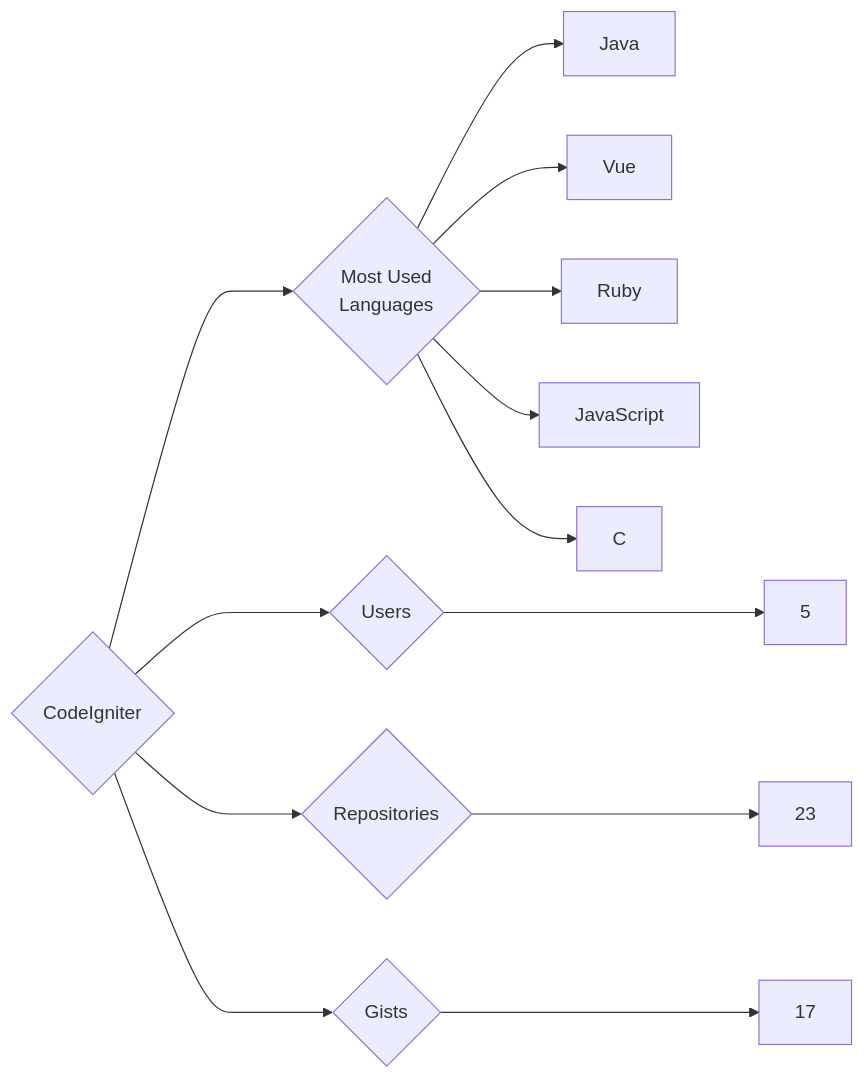
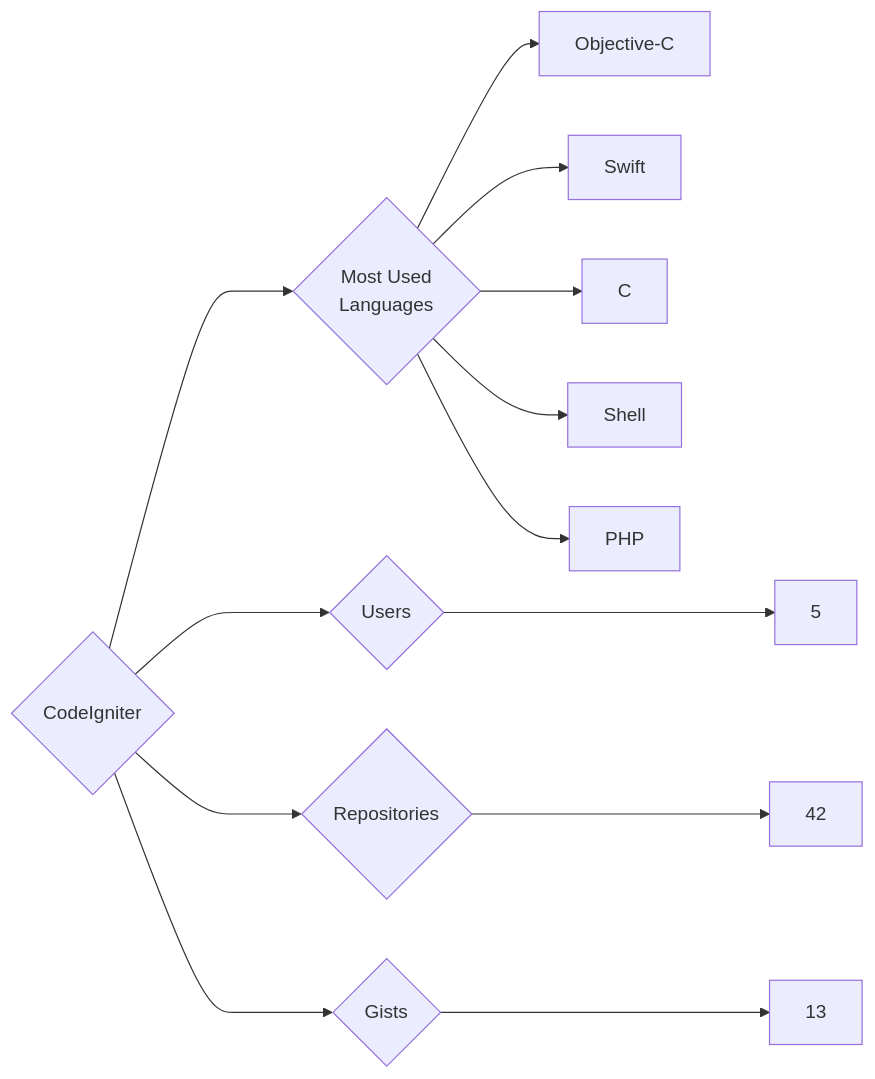
One commit to trickest/insiders changed the diagram in targets/CodeIgniter/README.md. Above: the diagram before and after it, drawn with Mermaid. The commit also changed 1078 other files, not shown here.

````diff
--- a/targets/CodeIgniter/README.md
+++ b/targets/CodeIgniter/README.md
@@ -3,13 +3,13 @@
 ```mermaid
 graph LR
 COMPANY_NAME{CodeIgniter}
 COMPANY_NAME ---> U{Users} ---> UN[5]
-COMPANY_NAME ---> R{Repositories} ---> RN[23]
-COMPANY_NAME ---> G{Gists} ---> GN[17]
+COMPANY_NAME ---> R{Repositories} ---> RN[42]
+COMPANY_NAME ---> G{Gists} ---> GN[13]
 COMPANY_NAME ---> ML{Most Used<br>Languages}
-ML --> Java[Java]
-ML --> Vue[Vue]
-ML --> Ruby[Ruby]
-ML --> JavaScript[JavaScript]
+ML --> Objective-C[Objective-C]
+ML --> Swift[Swift]
 ML --> C[C]
+ML --> Shell[Shell]
+ML --> PHP[PHP]
 ```
````
